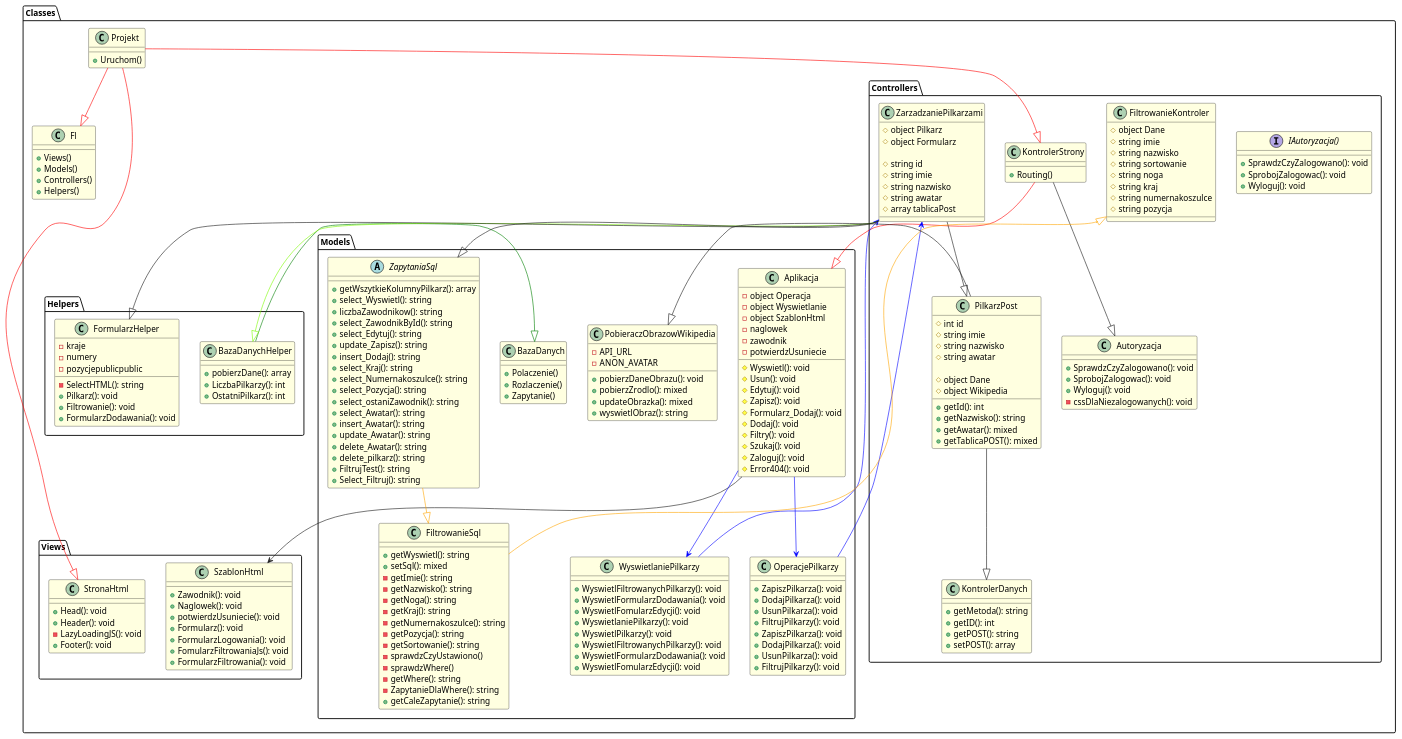
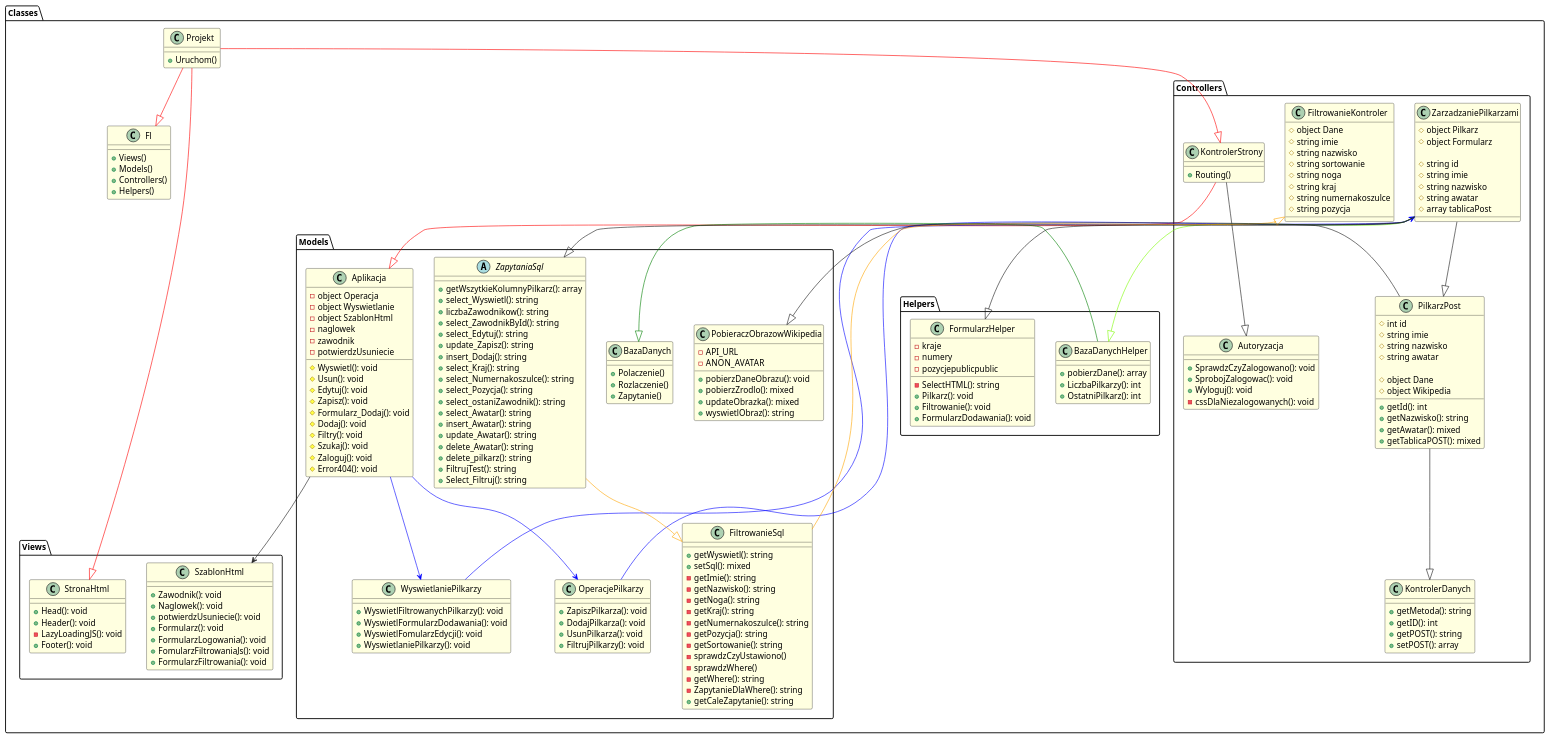
The diagram in src/uml/diagram-klas.plantuml (zsoit/oop-php), drawn with PlantUML before and after one commit. The commit also changed 3 other files, not shown here.

```diff
--- a/src/uml/diagram-klas.plantuml
+++ b/src/uml/diagram-klas.plantuml
@@ -5,70 +5,6 @@
 }
 
 package "Classes" {
-    package "Controllers" {
-
-        interface IAutoryzacja(){
-            + SprawdzCzyZalogowano(): void
-            + SprobojZalogowac(): void
-            + Wyloguj(): void
-
-        }
-        class Autoryzacja{
-
-            + SprawdzCzyZalogowano(): void
-            + SprobojZalogowac(): void
-            + Wyloguj(): void
-            -cssDlaNiezalogowanych(): void
-        }
-        class FiltrowanieKontroler{
-            # object Dane 
-            # string imie
-            # string nazwisko 
-            # string sortowanie
-            # string noga
-            # string kraj 
-            # string numernakoszulce 
-            # string pozycja 
-
-        }
-        class KontrolerDanych{
-            +getMetoda(): string
-            +getID(): int
-            +getPOST(): string
-            +setPOST(): array
-
-        }
-        class KontrolerStrony{
-            +Routing()
-        }
-
-        class PilkarzPost{
-            # int id
-            # string imie
-            # string nazwisko
-            # string awatar
-
-            # object Dane
-            # object Wikipedia
-
-            +getId(): int
-            +getNazwisko(): string
-            +getAwatar(): mixed
-            +getTablicaPOST(): mixed
-        }
-
-        class ZarzadzaniePilkarzami{
-            # object Pilkarz
-            # object Formularz
-
-            # string id
-            # string imie
-            # string nazwisko
-            # string awatar
-            # array tablicaPost
-        }
-
-    }
 
     package "Models" {
         class Aplikacja {
@@ -100,18 +36,9 @@
             + WyswietlFormularzDodawania(): void
             + WyswietlFomularzEdycji(): void
             + WyswietlaniePilkarzy(): void
-            + WyswietlPilkarzy(): void
-            + WyswietlFiltrowanychPilkarzy(): void
-            + WyswietlFormularzDodawania(): void
-            + WyswietlFomularzEdycji(): void
-
         }
 
         class OperacjePilkarzy{
-            + ZapiszPilkarza(): void
-            + DodajPilkarza(): void
-            + UsunPilkarza(): void
-            + FiltrujPilkarzy(): void
             + ZapiszPilkarza(): void
             + DodajPilkarza(): void
             + UsunPilkarza(): void
@@ -187,6 +114,66 @@
 
     }
 
+        package "Controllers" {
+
+        class Autoryzacja{
+
+            + SprawdzCzyZalogowano(): void
+            + SprobojZalogowac(): void
+            + Wyloguj(): void
+            -cssDlaNiezalogowanych(): void
+        }
+        class FiltrowanieKontroler{
+            # object Dane 
+            # string imie
+            # string nazwisko 
+            # string sortowanie
+            # string noga
+            # string kraj 
+            # string numernakoszulce 
+            # string pozycja 
+
+        }
+        class KontrolerDanych{
+            +getMetoda(): string
+            +getID(): int
+            +getPOST(): string
+            +setPOST(): array
+
+        }
+        class KontrolerStrony{
+            +Routing()
+        }
+
+        class PilkarzPost{
+            # int id
+            # string imie
+            # string nazwisko
+            # string awatar
+
+            # object Dane
+            # object Wikipedia
+
+            +getId(): int
+            +getNazwisko(): string
+            +getAwatar(): mixed
+            +getTablicaPOST(): mixed
+        }
+
+        class ZarzadzaniePilkarzami{
+            # object Pilkarz
+            # object Formularz
+
+            # string id
+            # string imie
+            # string nazwisko
+            # string awatar
+            # array tablicaPost
+        }
+
+    }
+
+
     package "Helpers" {
 
         class BazaDanychHelper
```
